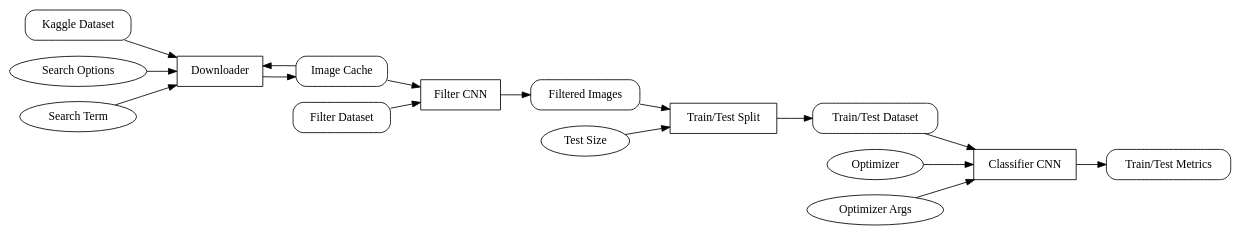
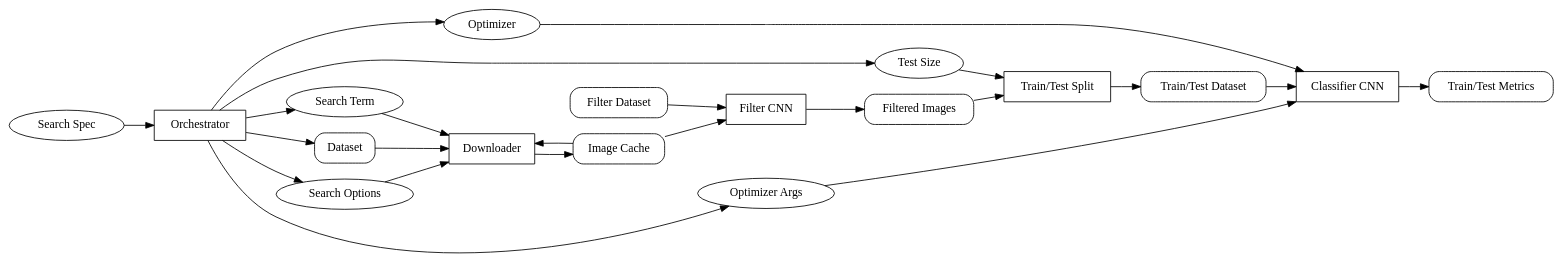
The diagram in docs/pipeline-dataflow.gv (aliciayen/marvel-image-classification), drawn with Graphviz before and after one commit. The commit also changed 1 other file, not shown here.

Commit message:
Add orchestration to diagrams
Modify the pipeline diagrams to include the orchestration step that
supplies the input parameters to each run based on some pre-define rule.

```diff
--- a/docs/pipeline-dataflow.gv
+++ b/docs/pipeline-dataflow.gv
@@ -1,42 +1,52 @@
 digraph pipeline {
 	rankdir=LR;
 
-	dataset [shape=Mrecord, label="Kaggle Dataset"]
+	dataset [shape=Mrecord, label="Dataset"]
 	filter_dataset [shape=Mrecord, label="Filter Dataset"]
 	cache [shape=Mrecord, label="Image Cache"]
 	filter_imgs [shape=Mrecord, label="Filtered Images"]
 	split_dataset [shape=Mrecord, label="Train/Test Dataset"]
 	metrics [shape=Mrecord, label="Train/Test Metrics"]
 
+	searchspec [shape=ellipse, label="Search Spec"]
 	searchopts [shape=ellipse, label="Search Options"]
 	searchterm [shape=ellipse, label="Search Term"]
 	optimizer [shape=ellipse, label="Optimizer"]
 	optimizer_args [shape=ellipse, label="Optimizer Args"]
 	test_size [shape=ellipse, label="Test Size"]
 
+	orchestrator [shape=box, label="Orchestrator"]
 	downloader [shape=box, label="Downloader"]
 	filter [shape=box, label="Filter CNN"]
 	classifier [shape=box, label="Classifier CNN"]
 	split [shape=box, label="Train/Test Split"]
 
+
+	searchspec -> orchestrator
+	orchestrator -> searchopts
+	orchestrator -> searchterm
+	orchestrator -> dataset
+	orchestrator -> test_size
+	orchestrator -> optimizer
+	orchestrator -> optimizer_args
 
 	dataset -> downloader;
 	searchopts -> downloader;
 	searchterm -> downloader;
 
 	downloader -> cache;
 	cache -> downloader;
 
 	cache -> filter;
 	filter_dataset -> filter
 	filter -> filter_imgs;
 
 	filter_imgs -> split;
 	test_size -> split;
 	split -> split_dataset;
 
 	split_dataset -> classifier;
 	optimizer -> classifier;
 	optimizer_args -> classifier;
 	classifier -> metrics;
 }
```
